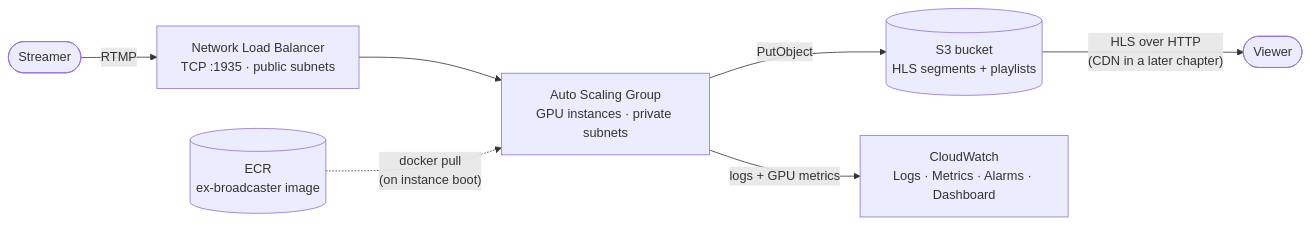
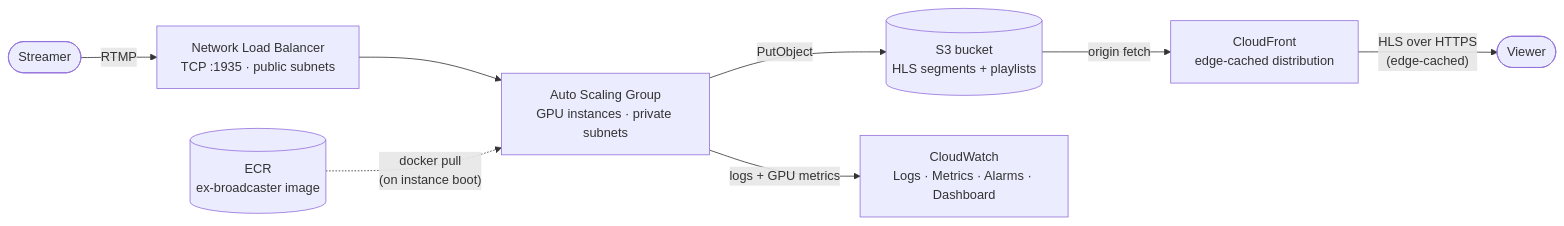
Before and after one commit to membraneframework-labs/ex_broadcaster: the diagram in tutorial/2_deploying_to_aws.md, drawn with Mermaid. The commit also changed other lines of this file and 3 other files, not shown here.

````diff
--- a/tutorial/2_deploying_to_aws.md
+++ b/tutorial/2_deploying_to_aws.md
@@ -51,17 +52,19 @@
 ```mermaid
 graph LR
     Streamer([Streamer])
     NLB["Network Load Balancer\nTCP :1935 · public subnets"]
     ASG["Auto Scaling Group\nGPU instances · private subnets"]
     ECR[("ECR\nex-broadcaster image")]
     S3[("S3 bucket\nHLS segments + playlists")]
+    CDN["CloudFront\nedge-cached distribution"]
     CW["CloudWatch\nLogs · Metrics · Alarms · Dashboard"]
     Viewer([Viewer])
 
     Streamer -- "RTMP" --> NLB
     NLB --> ASG
     ECR -. "docker pull\n(on instance boot)" .-> ASG
     ASG -- "PutObject" --> S3
     ASG -- "logs + GPU metrics" --> CW
-    S3 -- "HLS over HTTP\n(CDN in a later chapter)" --> Viewer
+    S3 -- "origin fetch" --> CDN
+    CDN -- "HLS over HTTPS\n(edge-cached)" --> Viewer
 ```
````
